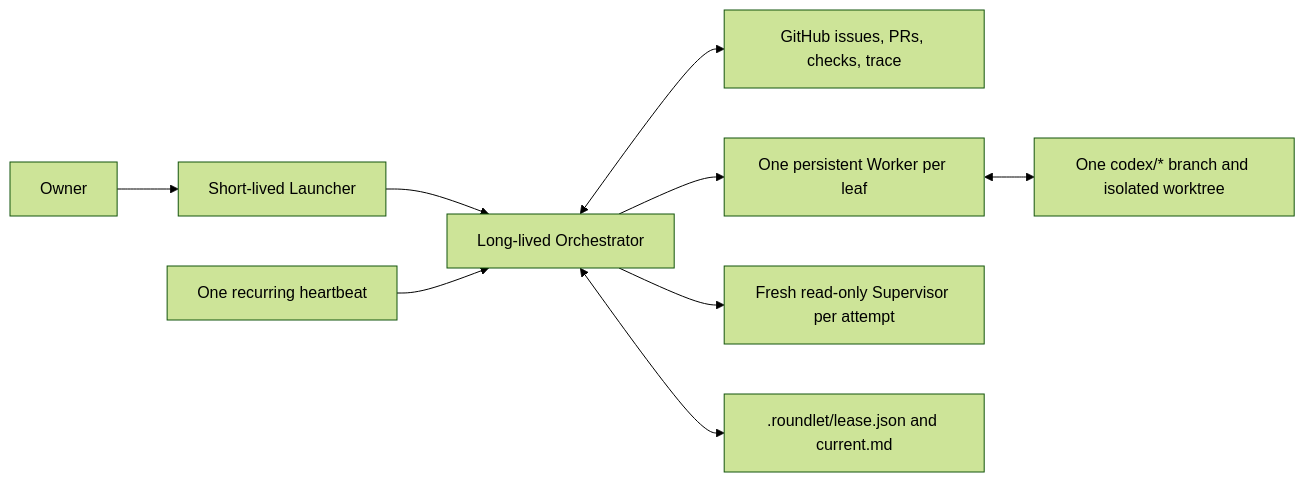
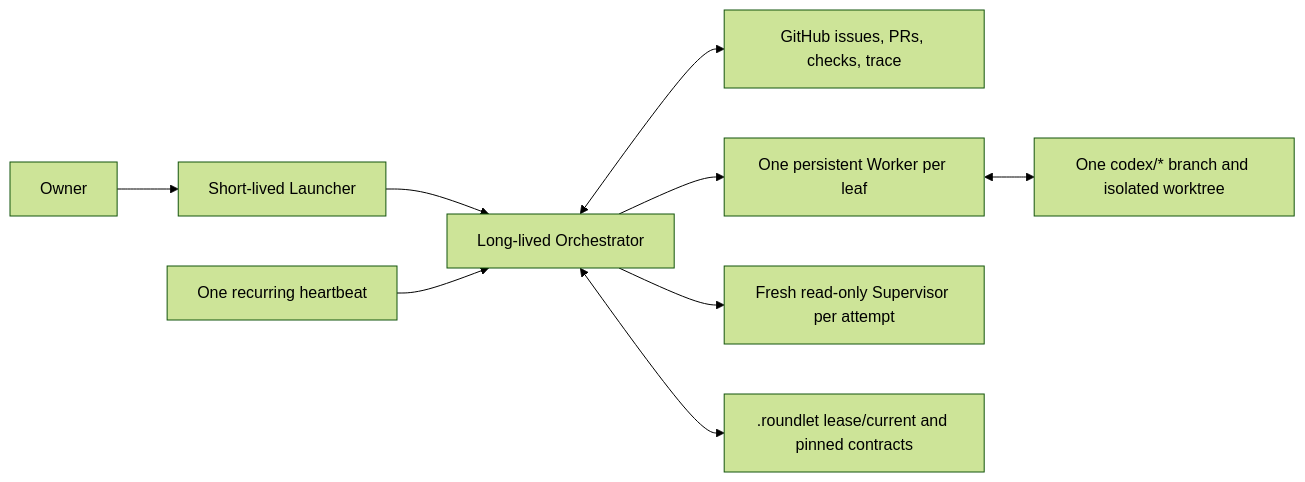
Before and after one commit to ythdelmar68/roundlet: the first of 3 diagrams in README.md, drawn with Mermaid (forest theme). The commit also changed other lines of this file and 5 other files, not shown here.

First line of the commit message:
fix(roundlet): pin active run contracts

````diff
--- a/README.md
+++ b/README.md
@@ -23,11 +23,11 @@
 ```mermaid
 flowchart LR
     Owner["Owner"] --> Launcher["Short-lived Launcher"]
     Launcher --> Orchestrator["Long-lived Orchestrator"]
     Heartbeat["One recurring heartbeat"] --> Orchestrator
     Orchestrator <--> GitHub["GitHub issues, PRs, checks, trace"]
     Orchestrator --> Worker["One persistent Worker per leaf"]
     Orchestrator --> Supervisor["Fresh read-only Supervisor per attempt"]
     Worker <--> Worktree["One codex/* branch and isolated worktree"]
-    Orchestrator <--> Advisory[".roundlet/lease.json and current.md"]
+    Orchestrator <--> Advisory[".roundlet lease/current and pinned contracts"]
 ```
````
